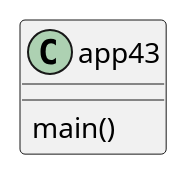
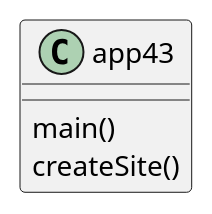
One commit to JustinGesek/gesek-cop3330-assignment3 changed the diagram in src/main/java/ex43/app43.puml. Above: the diagram before and after it, drawn with PlantUML. The commit also changed 19 other files, not shown here.

```diff
--- a/src/main/java/ex43/app43.puml
+++ b/src/main/java/ex43/app43.puml
@@ -1,7 +1,8 @@
 @startuml
 class app43
 {
     main()
+    createSite()
 }
 
 @enduml
```
